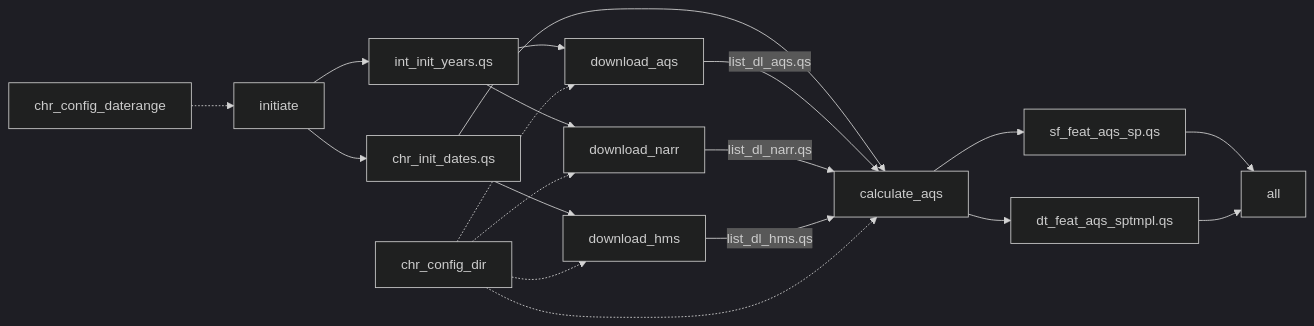
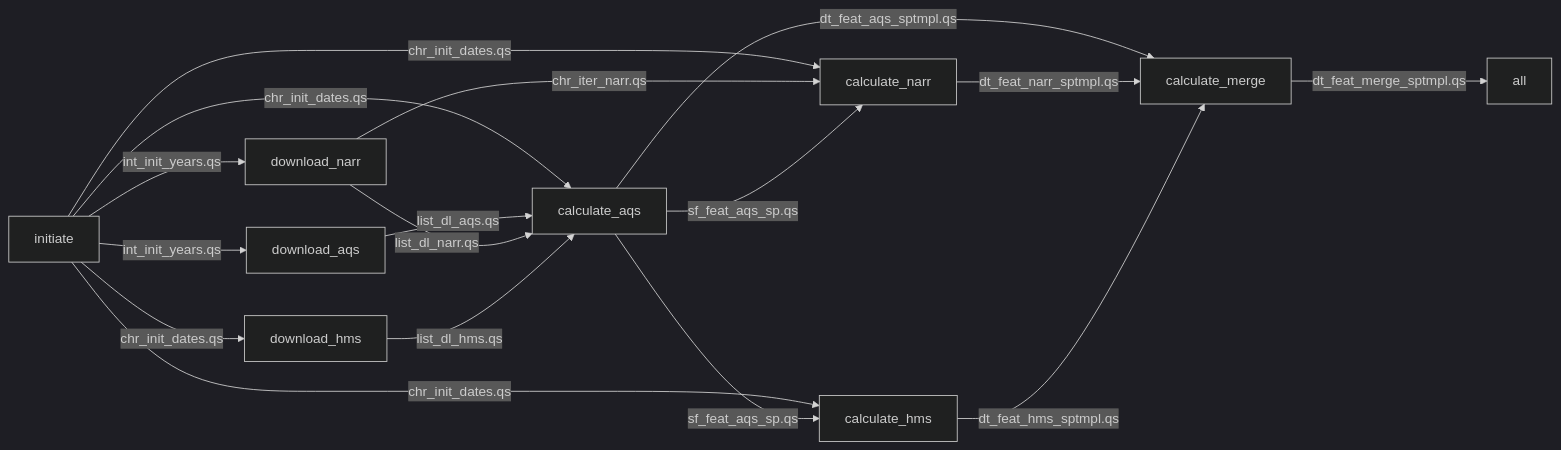
Before and after one commit to mitchellmanware/beethoven-sm: the diagram in README.md, drawn with Mermaid (dark theme). The commit also changed other lines of this file, not shown here.

````diff
--- a/README.md
+++ b/README.md
@@ -83,25 +89,22 @@
 ```mermaid
 flowchart LR
-    date_config[chr_config_daterange] -.-> initiate[initiate]
-    initiate --> years[int_init_years.qs]
-    initiate --> dates[chr_init_dates.qs]
+    init[initiate] -->|int_init_years.qs| da[download_aqs]
+    init -->|int_init_years.qs| dn[download_narr]
+    init -->|chr_init_dates.qs| dh[download_hms]
 
-    dates --> hms[download_hms]
-    years --> aqs[download_aqs]
-    years --> narr[download_narr]
+    init -->|chr_init_dates.qs| ca[calculate_aqs]
+    da -->|list_dl_aqs.qs| ca
+    dn -->|list_dl_narr.qs| ca
+    dh -->|list_dl_hms.qs| ca
 
-    dates --> features[calculate_aqs]
-    aqs -->|list_dl_aqs.qs| features
-    narr -->|list_dl_narr.qs| features
-    hms -->|list_dl_hms.qs| features
+    init -->|chr_init_dates.qs| cn[calculate_narr]
+    init -->|chr_init_dates.qs| ch[calculate_hms]
+    dn -->|chr_iter_narr.qs| cn
+    ca -->|sf_feat_aqs_sp.qs| cn
+    ca -->|sf_feat_aqs_sp.qs| ch
 
-    features --> spatial[sf_feat_aqs_sp.qs]
-    features --> spatiotemporal[dt_feat_aqs_sptmpl.qs]
-    spatial --> all[all]
-    spatiotemporal --> all
-
-    dir_config[chr_config_dir] -.-> aqs
-    dir_config -.-> narr
-    dir_config -.-> hms
-    dir_config -.-> features
+    ca -->|dt_feat_aqs_sptmpl.qs| merge[calculate_merge]
+    cn -->|dt_feat_narr_sptmpl.qs| merge
+    ch -->|dt_feat_hms_sptmpl.qs| merge
+    merge -->|dt_feat_merge_sptmpl.qs| all[all]
 ```
````
